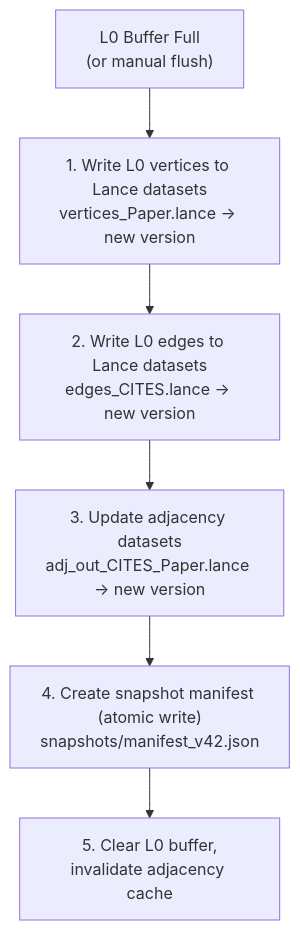
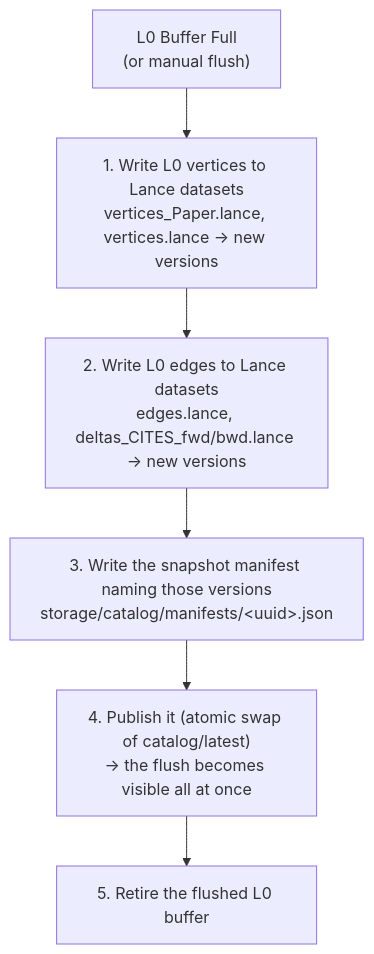
The fourth of 5 diagrams in website/docs/concepts/concurrency.md (rustic-ai/uni-db), drawn with Mermaid before and after one commit. The commit also changed other lines of this file and 93 other files, not shown here.

````diff
--- a/website/docs/concepts/concurrency.md
+++ b/website/docs/concepts/concurrency.md
@@ -250,11 +257,11 @@
 ```mermaid
 flowchart TB
     Trigger["L0 Buffer Full<br/>(or manual flush)"]
-    S1["1. Write L0 vertices to Lance datasets<br/>vertices_Paper.lance → new version"]
-    S2["2. Write L0 edges to Lance datasets<br/>edges_CITES.lance → new version"]
-    S3["3. Update adjacency datasets<br/>adj_out_CITES_Paper.lance → new version"]
-    S4["4. Create snapshot manifest (atomic write)<br/>snapshots/manifest_v42.json"]
-    S5["5. Clear L0 buffer,<br/>invalidate adjacency cache"]
+    S1["1. Write L0 vertices to Lance datasets<br/>vertices_Paper.lance, vertices.lance → new versions"]
+    S2["2. Write L0 edges to Lance datasets<br/>edges.lance, deltas_CITES_fwd/bwd.lance → new versions"]
+    S3["3. Write the snapshot manifest naming those versions<br/>storage/catalog/manifests/&lt;uuid&gt;.json"]
+    S4["4. Publish it (atomic swap of catalog/latest)<br/>→ the flush becomes visible all at once"]
+    S5["5. Retire the flushed L0 buffer"]
 
     Trigger --> S1 --> S2 --> S3 --> S4 --> S5
 ```
````
